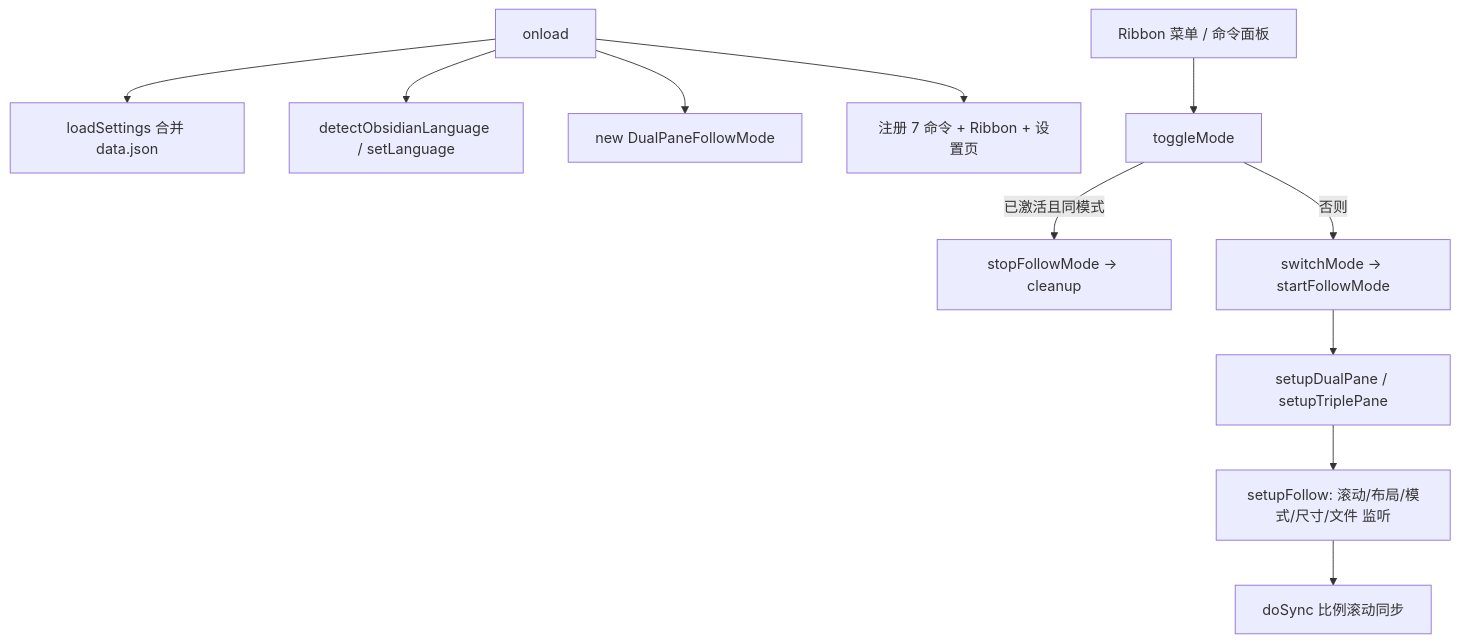
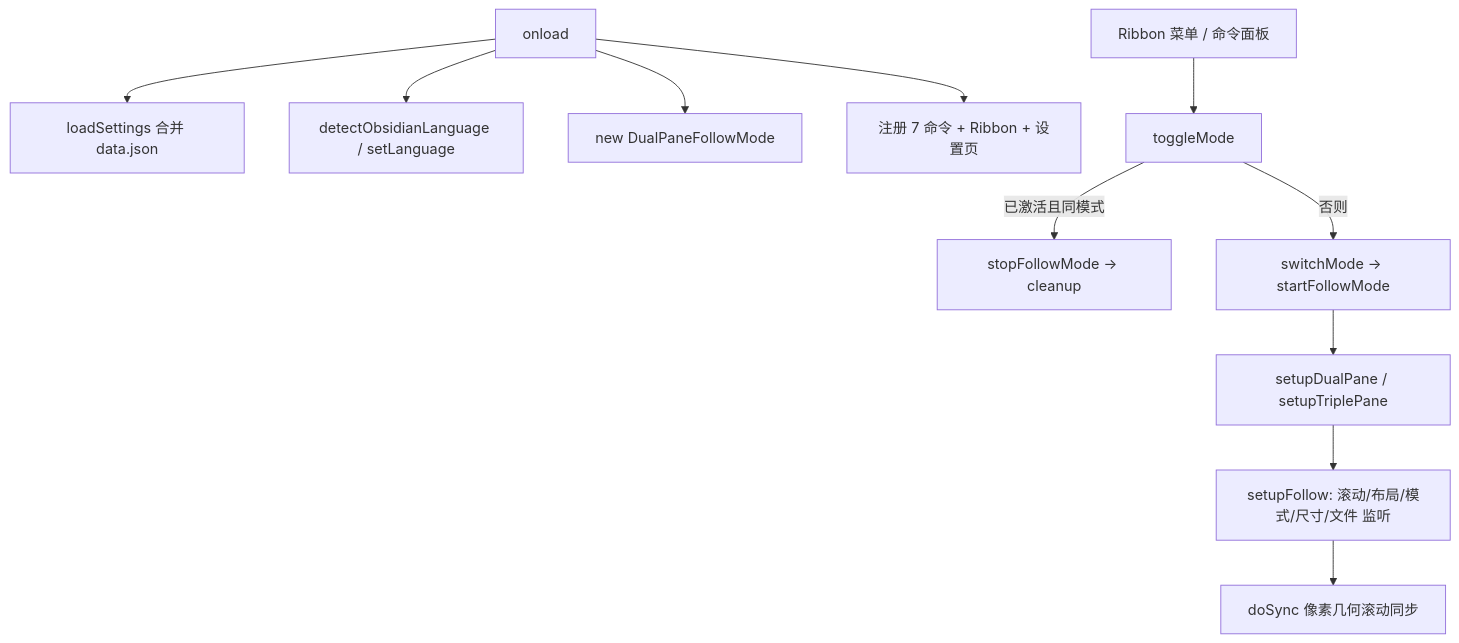
One commit to liyifan2004/obsidian-folio changed the diagram in docs/FEATURE_LEDGER.md. Above: the diagram before and after it, drawn with Mermaid. The commit also changed other lines of this file and 1 other file, not shown here.

````diff
--- a/docs/FEATURE_LEDGER.md
+++ b/docs/FEATURE_LEDGER.md
@@ -36,13 +36,13 @@
 ```mermaid
 flowchart TD
     A[onload] --> B[loadSettings 合并 data.json]
     A --> C[detectObsidianLanguage / setLanguage]
     A --> D[new DualPaneFollowMode]
     A --> E[注册 7 命令 + Ribbon + 设置页]
     R[Ribbon 菜单 / 命令面板] --> T[toggleMode]
     T -->|已激活且同模式| S[stopFollowMode → cleanup]
     T -->|否则| W[switchMode → startFollowMode]
     W --> G[setupDualPane / setupTriplePane]
     G --> H[setupFollow: 滚动/布局/模式/尺寸/文件 监听]
-    H --> I[doSync 比例滚动同步]
+    H --> I[doSync 像素几何滚动同步]
 ```
````
